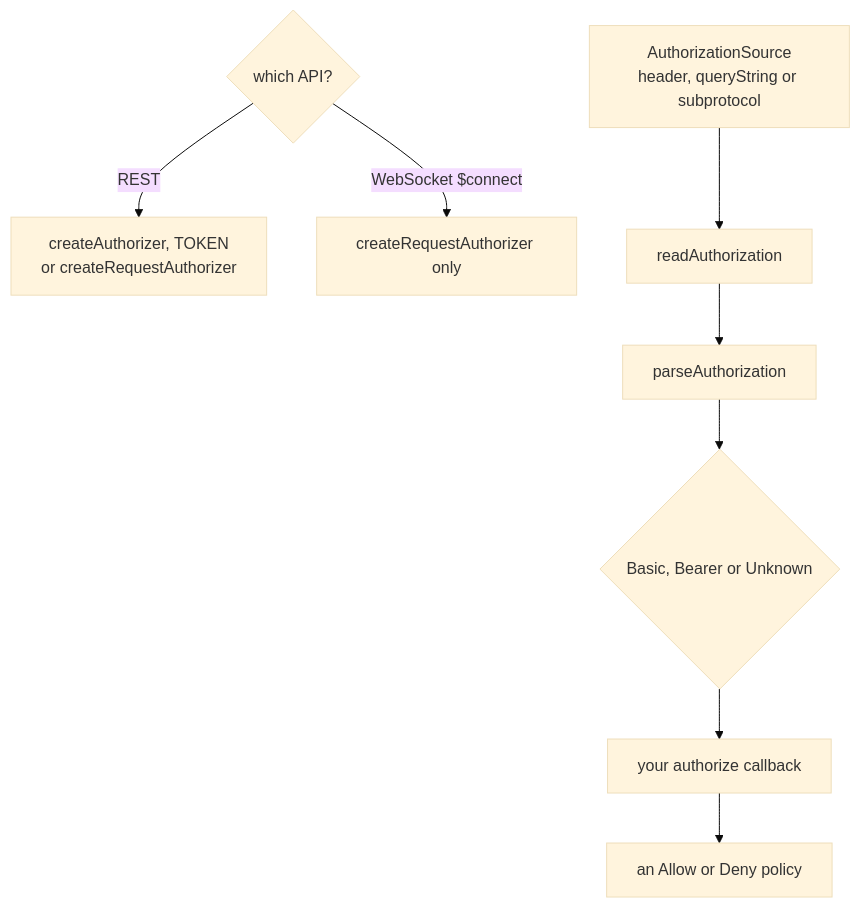
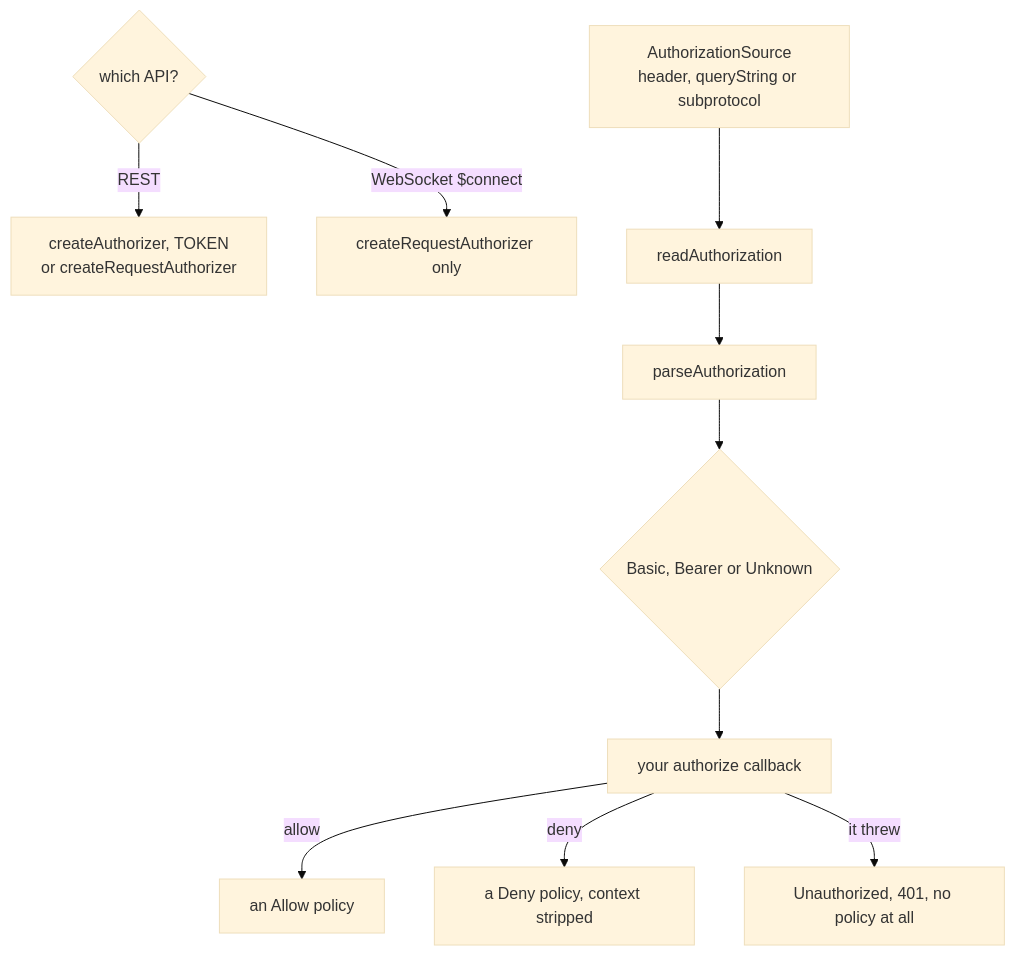
The diagram in packages/lambda-authorizer/README.md (yingyeothon/tslib), drawn with Mermaid (base theme) before and after one commit. The commit also changed 27 other files, not shown here.

````diff
--- a/packages/lambda-authorizer/README.md
+++ b/packages/lambda-authorizer/README.md
@@ -16,11 +16,13 @@
 ```mermaid
 flowchart TD
   A{"which API?"}
   A -->|"REST"| B["createAuthorizer, TOKEN<br/>or createRequestAuthorizer"]
   A -->|"WebSocket $connect"| C["createRequestAuthorizer only"]
   S["AuthorizationSource<br/>header, queryString or subprotocol"] --> R["readAuthorization"]
   R --> P["parseAuthorization"]
   P --> D{"Basic, Bearer or Unknown"}
   D --> Y["your authorize callback"]
-  Y --> POL["an Allow or Deny policy"]
+  Y -->|"allow"| POL["an Allow policy"]
+  Y -->|"deny"| DEN["a Deny policy, context stripped"]
+  Y -->|"it threw"| ERR["Unauthorized, 401, no policy at all"]
 ```
````
